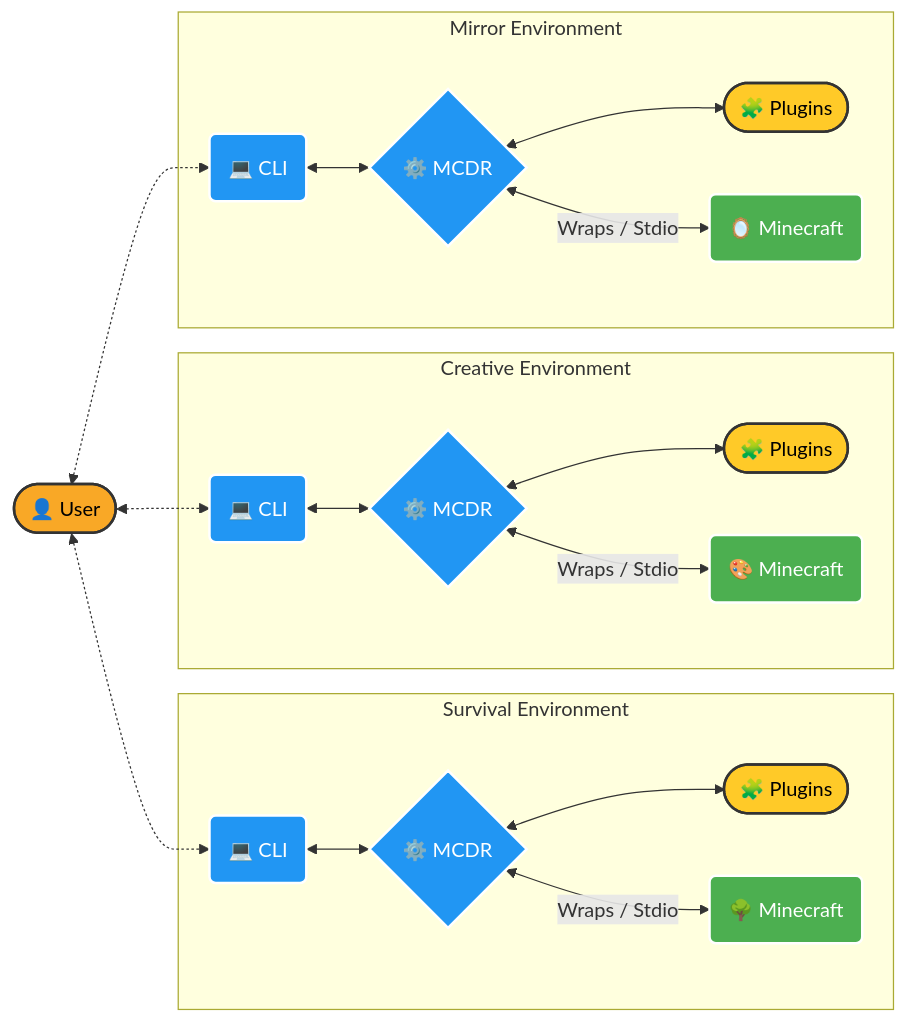
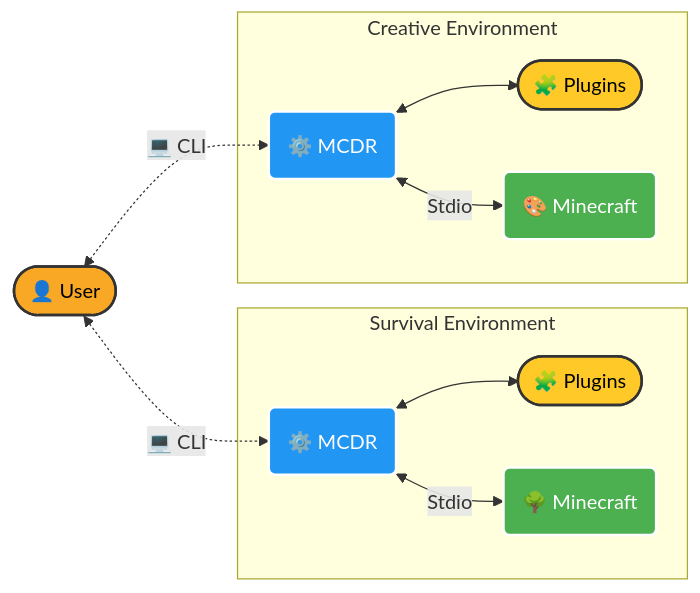
Before and after one commit to 1attila/test: the second of 2 diagrams in README.md, drawn with Mermaid. The commit also changed other lines of this file, not shown here.

````diff
--- a/README.md
+++ b/README.md
@@ -127,48 +115,32 @@
 ```mermaid
 flowchart LR
     %% Colors and Styles
     classDef user fill:#f9a826,stroke:#333,stroke-width:2px,color:#000;
     classDef mcdr fill:#2196f3,stroke:#fff,stroke-width:2px,color:#fff;
     classDef plugin fill:#ffca28,stroke:#333,stroke-width:2px,color:#000;
     classDef mc fill:#4caf50,stroke:#fff,stroke-width:2px,color:#fff;
 
     U([👤 User]):::user
 
     subgraph Env1["Survival Environment"]
-        C1(💻 CLI):::mcdr
-        M1{⚙️ MCDR}:::mcdr
+        M1(⚙️ MCDR):::mcdr
         P1([🧩 Plugins]):::plugin
         S1(🌳 Minecraft):::mc
         
-        C1 <--> M1
         M1 <--> P1
-        M1 <-->|Wraps / Stdio| S1
+        M1 <-->|Stdio| S1
     end
 
     subgraph Env2 ["Creative Environment"]
-        C2(💻 CLI):::mcdr
-        M2{⚙️ MCDR}:::mcdr
+        M2(⚙️ MCDR):::mcdr
         P2([🧩 Plugins]):::plugin
         S2(🎨 Minecraft):::mc
         
-        C2 <--> M2
         M2 <--> P2
-        M2 <-->|Wraps / Stdio| S2
-    end
-
-    subgraph Env3 ["Mirror Environment"]
-        C3(💻 CLI):::mcdr
-        M3{⚙️ MCDR}:::mcdr
-        P3([🧩 Plugins]):::plugin
-        S3(🪞 Minecraft):::mc
-        
-        C3 <--> M3
-        M3 <--> P3
-        M3 <-->|Wraps / Stdio| S3
+        M2 <-->|Stdio| S2
     end
 
     %% User Interaction
-    U <-.-> C1
-    U <-.-> C2
-    U <-.-> C3
+    U <-.->|💻 CLI| M1
+    U <-.->|💻 CLI| M2
 ```
````
